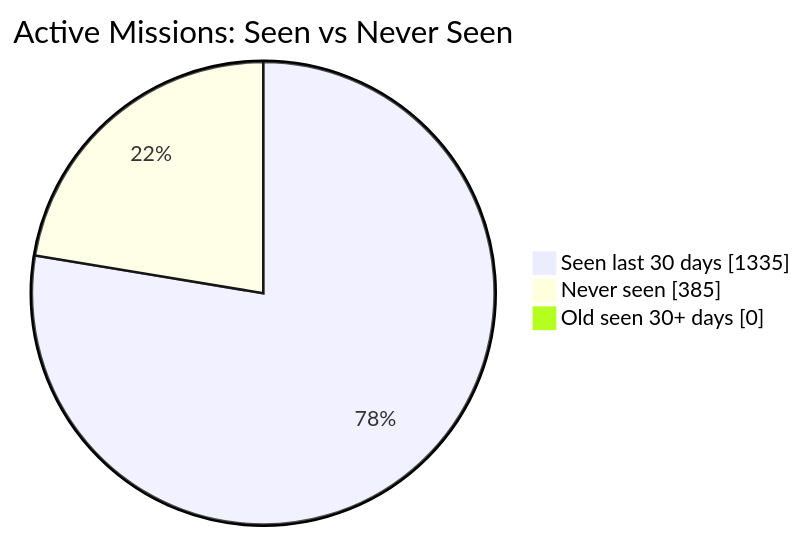
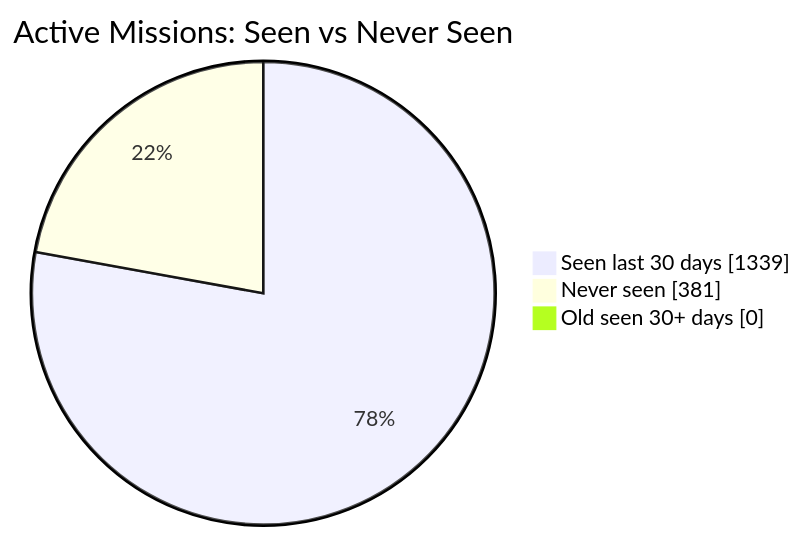
The first of 2 diagrams in README.md (MeldkamerspelGameTeam/active-missions), drawn with Mermaid before and after one commit. The commit also changed other lines of this file and 2 other files, not shown here.

````diff
--- a/README.md
+++ b/README.md
@@ -34,7 +34,7 @@
 ```mermaid
 pie showData
     title Active Missions: Seen vs Never Seen
-    "Seen last 30 days" : 1335
-    "Never seen" : 385
+    "Seen last 30 days" : 1339
+    "Never seen" : 381
     "Old seen 30+ days" : 0
 ```
````
